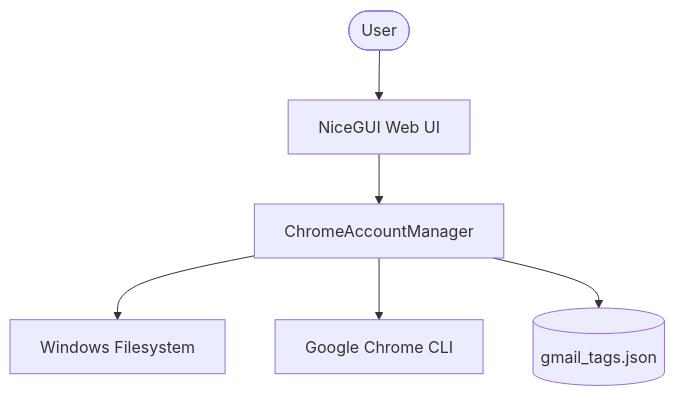
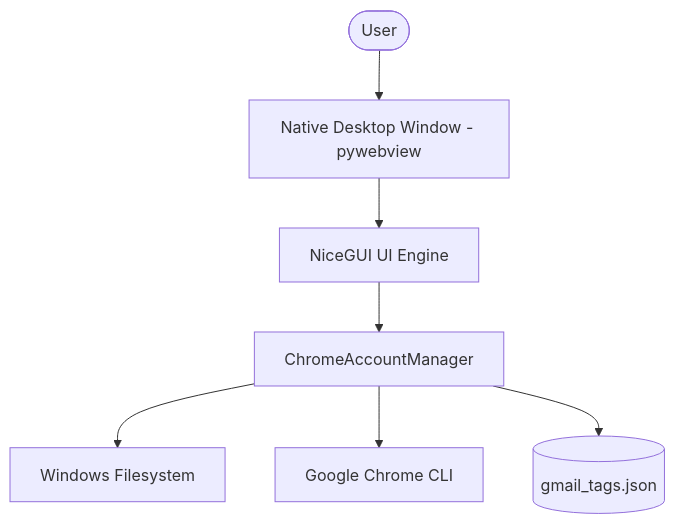
The diagram in backend/Structure.md (elhenawym124-ops/gmail-tool), drawn with Mermaid before and after one commit. The commit also changed other lines of this file and 7 other files, not shown here.

````diff
--- a/backend/Structure.md
+++ b/backend/Structure.md
@@ -17,8 +17,9 @@
 ```mermaid
 graph TD
-    User([User]) --> UI[NiceGUI Web UI]
+    User([User]) --> Window[Native Desktop Window - pywebview]
+    Window --> UI[NiceGUI UI Engine]
     UI --> Manager[ChromeAccountManager]
     Manager --> FS[Windows Filesystem]
     Manager --> Chrome[Google Chrome CLI]
     Manager --> DB[(gmail_tags.json)]
 ```
````
